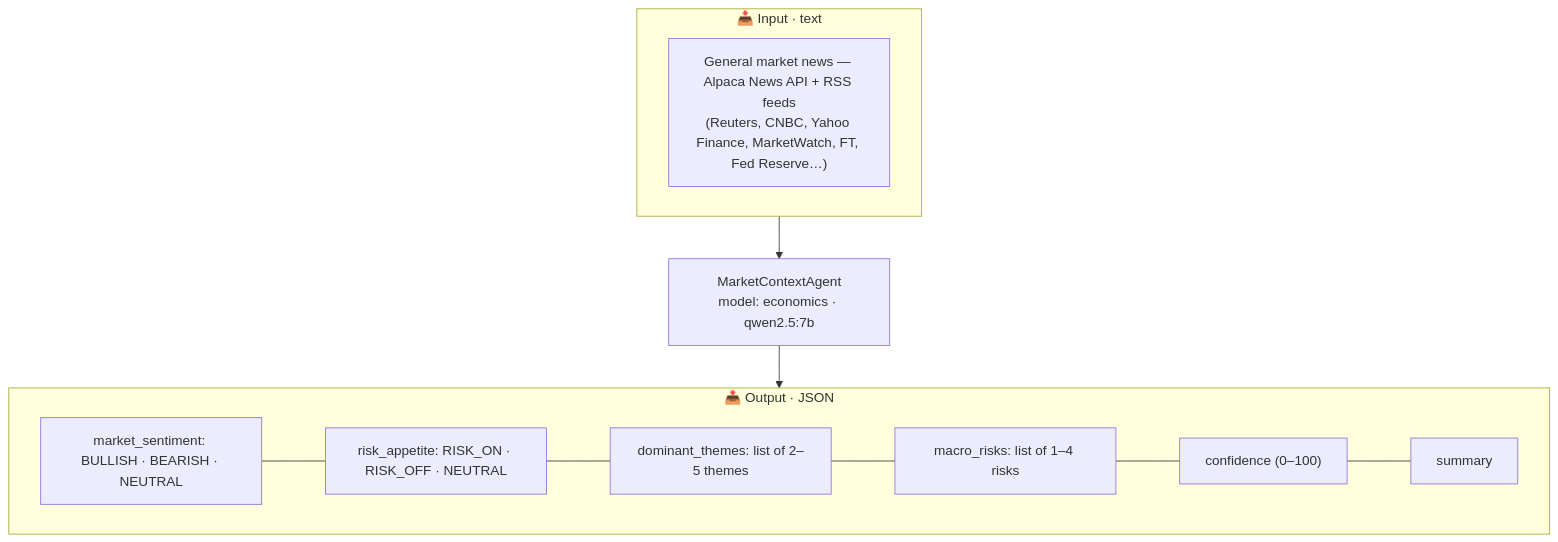
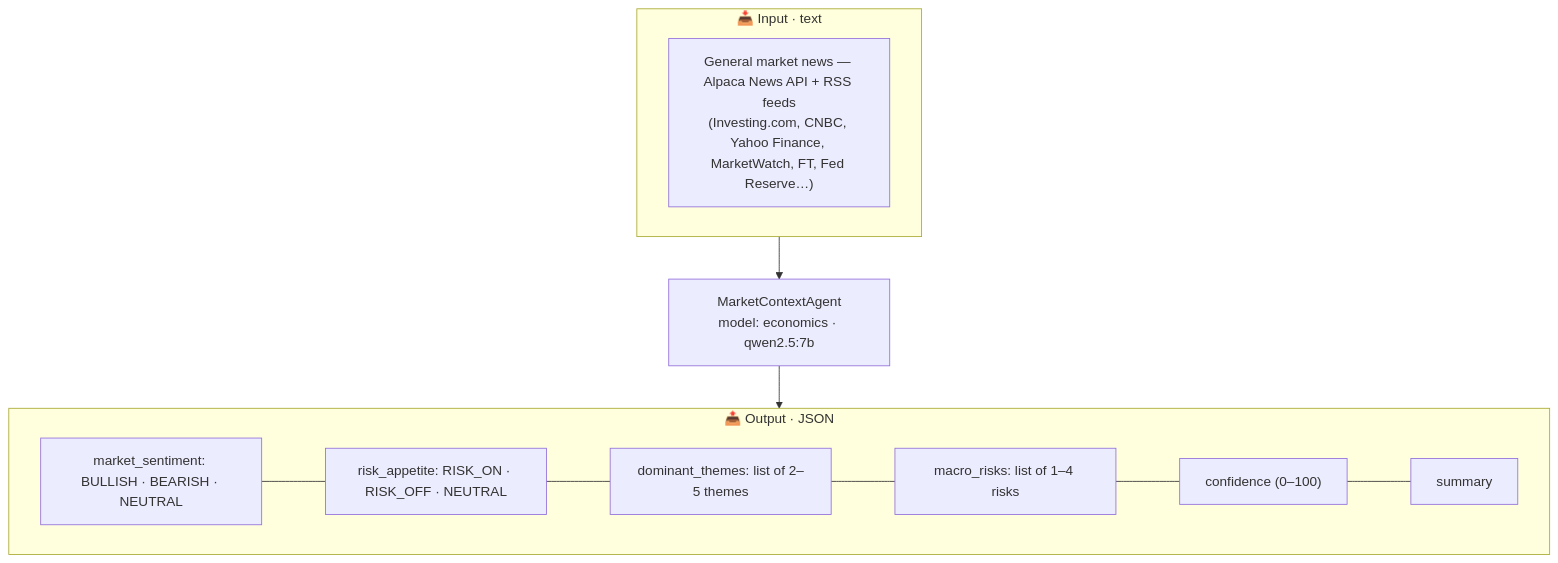
The fourth of 6 diagrams in docs/architecture.md (juandgm13/Trading-AI-Agent), drawn with Mermaid before and after one commit. The commit also changed 2 other files, not shown here.

Commit message:
fix(news): reemplazar Reuters RSS (B2B/inaccesible) con Investing.com
Reuters cerró sus feeds RSS públicos en 2020; la URL de reutersagency.com
es un feed de pago que devuelve 0 artículos. Se reemplaza por
https://www.investing.com/rss/news_1.rss (feed público de noticias
financieras). Además se agrega log de nivel WARNING cuando cualquier feed
RSS devuelve 0 artículos, visible sin necesidad de LOG_LEVEL=DEBUG.

````diff
--- a/docs/architecture.md
+++ b/docs/architecture.md
@@ -115,19 +115,19 @@
 ```mermaid
 flowchart TB
     subgraph IN["📥 Input · text"]
-        I1["General market news — Alpaca News API + RSS feeds<br/>(Reuters, CNBC, Yahoo Finance, MarketWatch, FT, Fed Reserve…)"]
+        I1["General market news — Alpaca News API + RSS feeds<br/>(Investing.com, CNBC, Yahoo Finance, MarketWatch, FT, Fed Reserve…)"]
     end
 
     AG["MarketContextAgent<br/>model: economics · qwen2.5:7b"]
 
     subgraph OUT["📤 Output · JSON"]
         O1["market_sentiment: BULLISH · BEARISH · NEUTRAL"]
         --- O2["risk_appetite: RISK_ON · RISK_OFF · NEUTRAL"]
         --- O3["dominant_themes: list of 2–5 themes"]
         --- O4["macro_risks: list of 1–4 risks"]
         --- O5["confidence (0–100)"]
         --- O6["summary"]
     end
 
     IN --> AG --> OUT
 ```
````
